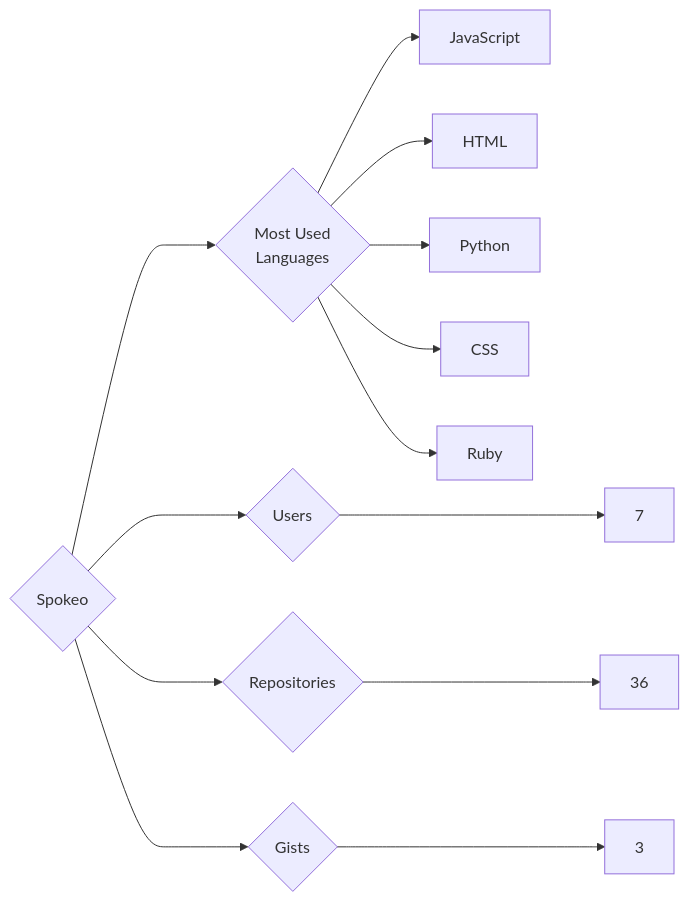
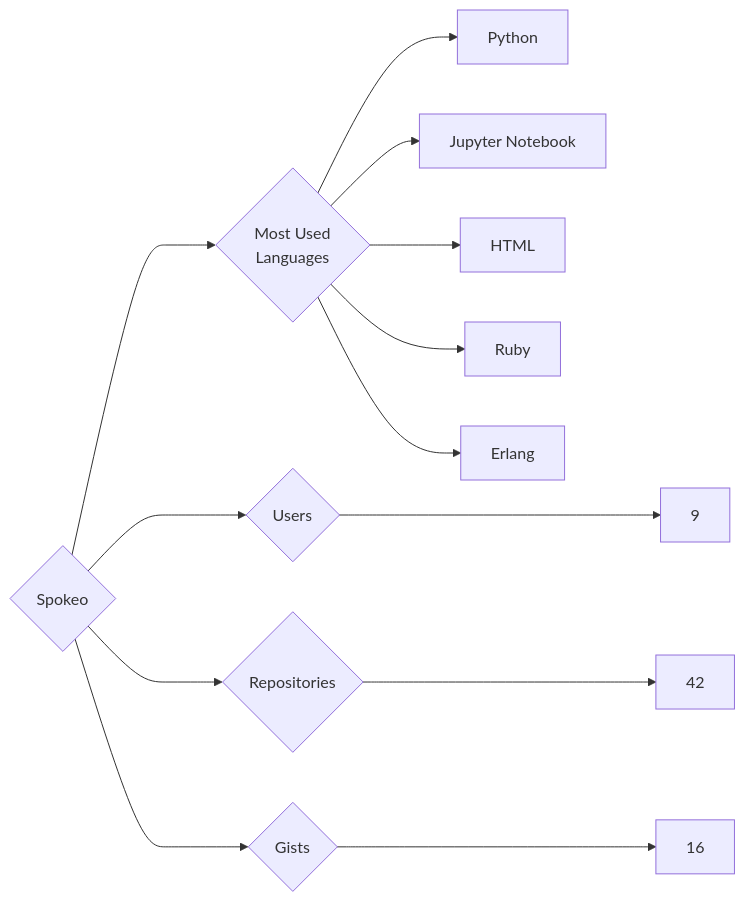
One commit to trickest/insiders changed the diagram in targets/Spokeo/README.md. Above: the diagram before and after it, drawn with Mermaid. The commit also changed 871 other files, not shown here.

````diff
--- a/targets/Spokeo/README.md
+++ b/targets/Spokeo/README.md
@@ -3,13 +3,13 @@
 ```mermaid
 graph LR
 COMPANY_NAME{Spokeo}
-COMPANY_NAME ---> U{Users} ---> UN[7]
-COMPANY_NAME ---> R{Repositories} ---> RN[36]
-COMPANY_NAME ---> G{Gists} ---> GN[3]
+COMPANY_NAME ---> U{Users} ---> UN[9]
+COMPANY_NAME ---> R{Repositories} ---> RN[42]
+COMPANY_NAME ---> G{Gists} ---> GN[16]
 COMPANY_NAME ---> ML{Most Used<br>Languages}
-ML --> JavaScript[JavaScript]
+ML --> Python[Python]
+ML --> Jupyter_Notebook[Jupyter Notebook]
 ML --> HTML[HTML]
-ML --> Python[Python]
-ML --> CSS[CSS]
 ML --> Ruby[Ruby]
+ML --> Erlang[Erlang]
 ```
````
